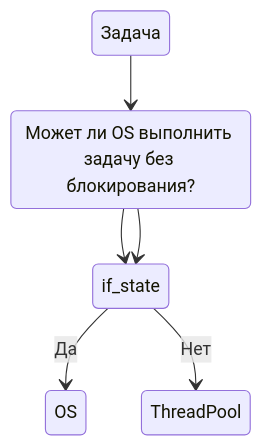
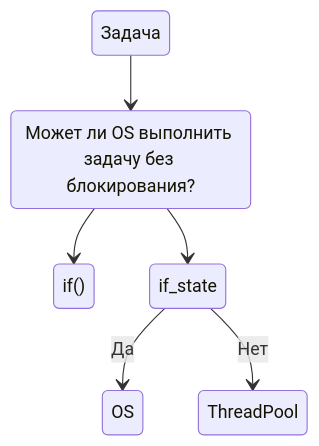
The diagram in Udemy/Node.js/README.md (zohidulla/training-skills), drawn with Mermaid before and after one commit.

Commit message:
Event Loop

````diff
--- a/Udemy/Node.js/README.md
+++ b/Udemy/Node.js/README.md
@@ -224,11 +224,11 @@
 ```mermaid
 stateDiagram-v2
   state if_state
   state1: Задача
   state2: Может ли OS выполнить задачу без блокирования?
   state1 --> state2
-  state2 --> if_state
+  state2 --> if()
   if_state --> OS: Да
   state2 --> if_state
   if_state --> ThreadPool: Нет
 ```
````
